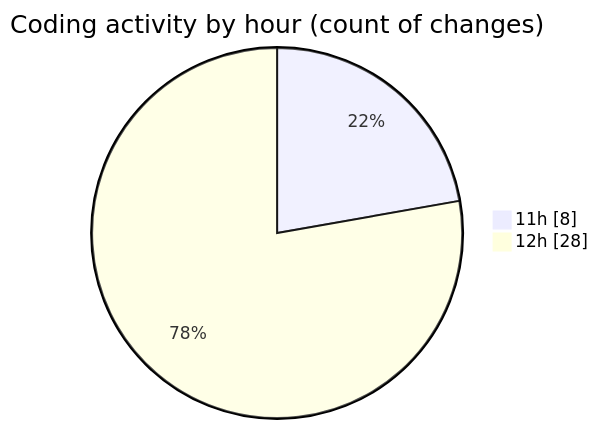
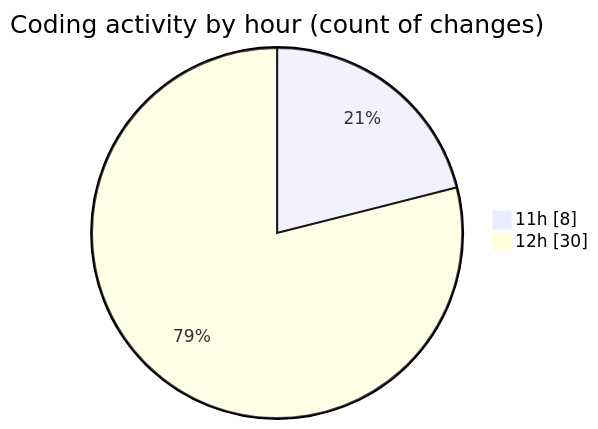
The second of 2 diagrams in 2025-05-04/project/README.md (BS-eng2023/code-tracking), drawn with Mermaid before and after one commit. The commit also changed other lines of this file and 1 other file, not shown here.

````diff
--- a/2025-05-04/project/README.md
+++ b/2025-05-04/project/README.md
@@ -46,6 +46,6 @@
 ```mermaid
 pie showData
 title Coding activity by hour (count of changes)
 "11h" : 8
-"12h" : 28
+"12h" : 30
 ```
````
